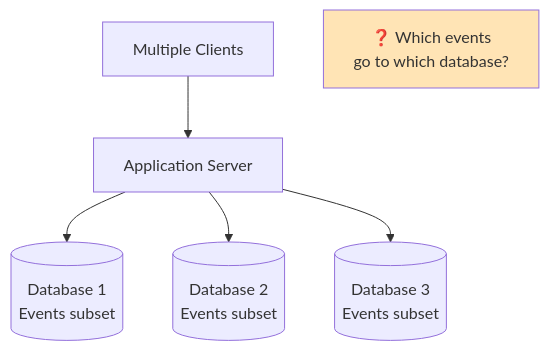
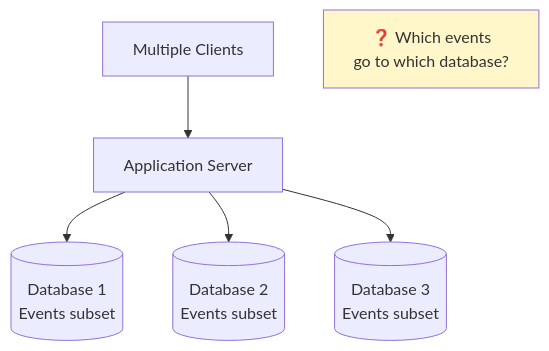
One commit to cartmancodes/InterviewVault changed the fourth of 34 diagrams in LLD/CoreConcepts/ConsistentHashing.md. Above: the diagram before and after it, drawn with Mermaid. The commit also changed other lines of this file and 679 other files, not shown here.

Commit message:
Unify content diagrams and add accessible visual walkthroughs

````diff
--- a/LLD/CoreConcepts/ConsistentHashing.md
+++ b/LLD/CoreConcepts/ConsistentHashing.md
@@ -100,15 +100,15 @@
 ```mermaid
 graph TB
     CLIENTS[Multiple Clients]
     SERVER[Application Server]
     
     CLIENTS --> SERVER
     
     SERVER --> DB1[(Database 1<br/>Events subset)]
     SERVER --> DB2[(Database 2<br/>Events subset)]
     SERVER --> DB3[(Database 3<br/>Events subset)]
     
     QUESTION[❓ Which events<br/>go to which database?]
     
-    style QUESTION fill:#FFE4B5
+    style QUESTION fill:#FFF6C9
 ```
````
